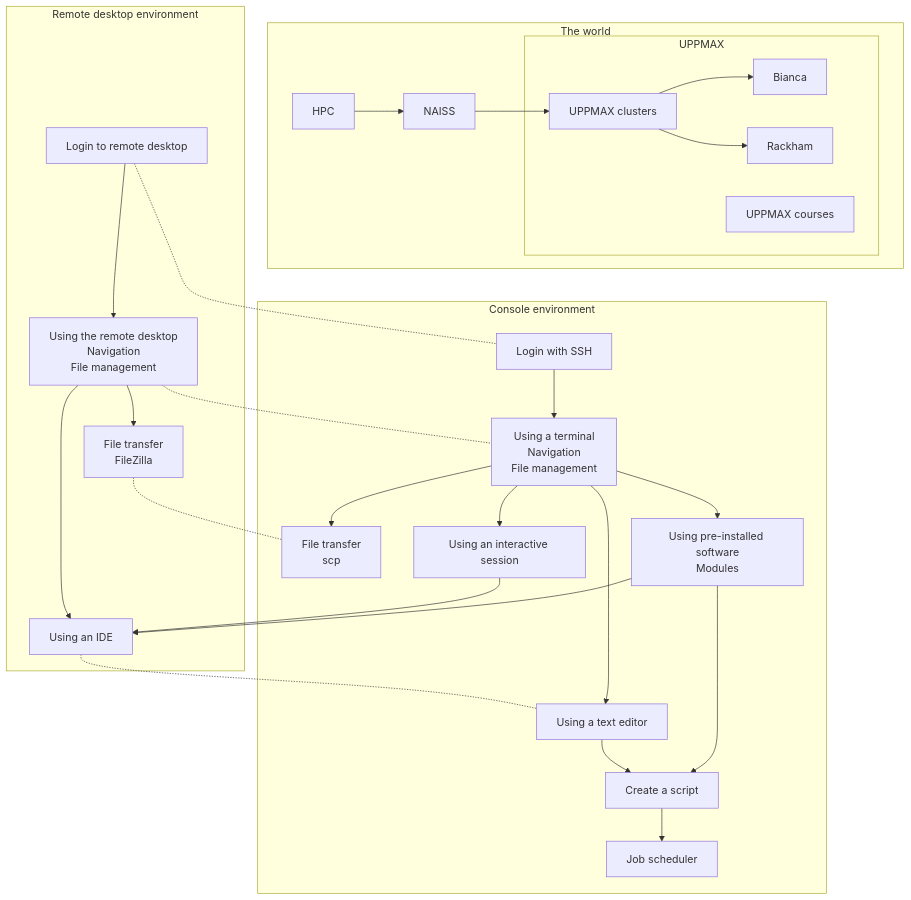
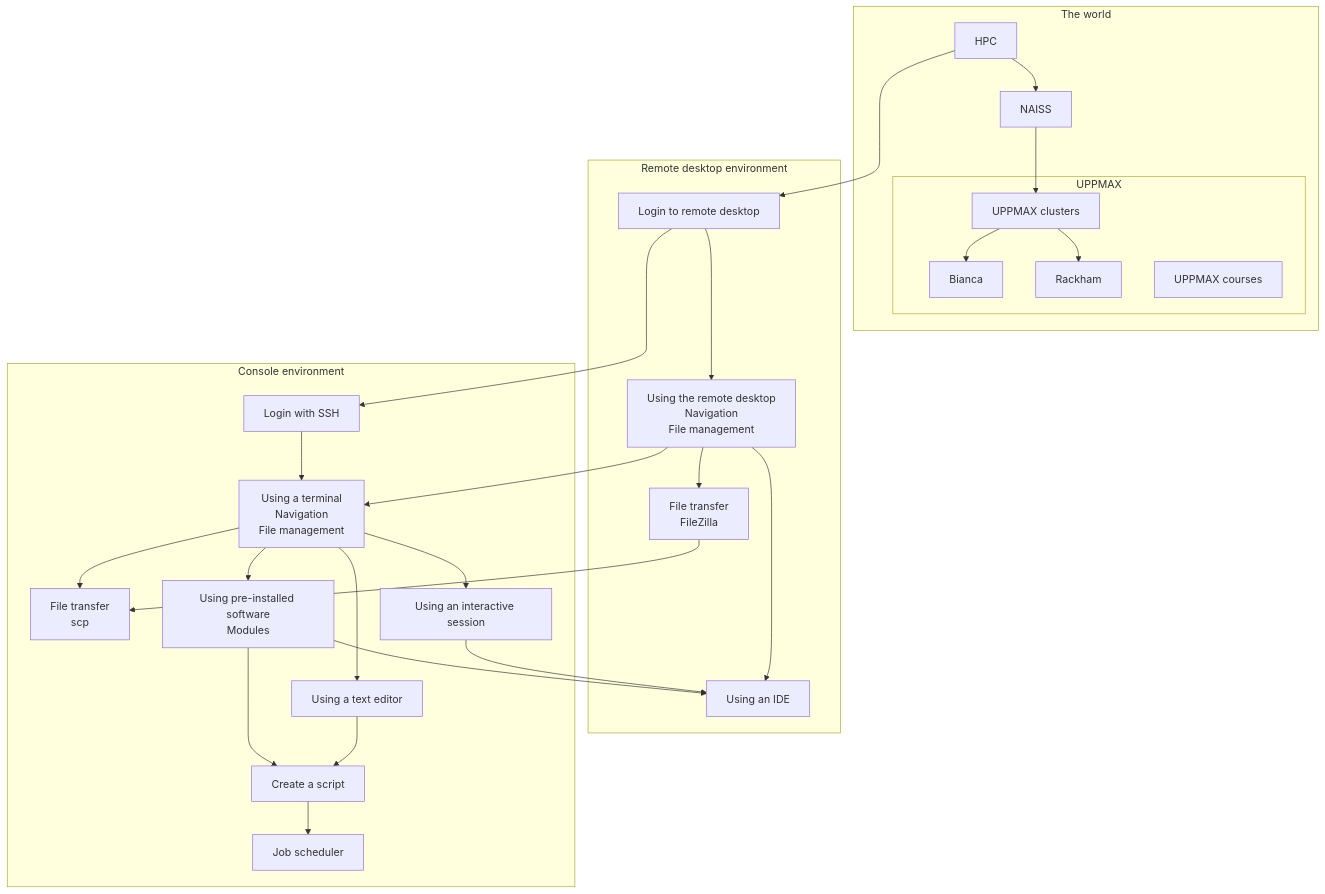
One commit to UPPMAX/uppmax_intro_day_1 changed the second of 2 diagrams in docs/sessions/introduction.md. Above: the diagram before and after it, drawn with Mermaid. The commit also changed other lines of this file and 12 other files, not shown here.

````diff
--- a/docs/sessions/introduction.md
+++ b/docs/sessions/introduction.md
@@ -60,61 +60,62 @@
 ```mermaid
 flowchart TD
   subgraph world[The world]
     hpc[HPC]
     naiss[NAISS]
   subgraph uppmax[UPPMAX]
       uppmax_clusters[UPPMAX clusters]
       bianca[Bianca]
       rackham[Rackham]
       uppmax_courses[UPPMAX courses]
     end
   end
   subgraph remote_desktop[Remote desktop environment]
     login_remote_desktop[Login to remote desktop]
     use_remote_desktop[Using the remote desktop\nNavigation\nFile management]
     file_transfer_filezilla[File transfer\nFileZilla]
     use_ide[Using an IDE]
   end
   subgraph console[Console environment]
     login_ssh[Login with SSH]
     use_terminal[Using a terminal\nNavigation\nFile management]
     scripts[Create a script]
     file_transfer_scp[File transfer\nscp]
     modules[Using pre-installed software\nModules]
     interactive[Using an interactive session]
     job_scheduler[Job scheduler]
     text_editor[Using a text editor]
   end
 
+  hpc ---> login_remote_desktop
+
   %% UPPMAX
   hpc --> naiss
   naiss --> uppmax_clusters
   uppmax_clusters --> bianca
   uppmax_clusters --> rackham
 
   %% GUI
-  login_remote_desktop --> use_remote_desktop
+  login_remote_desktop ---> use_remote_desktop
   use_remote_desktop --> file_transfer_filezilla
   use_remote_desktop --> use_ide
 
   %% Console
   login_ssh --> use_terminal
   use_terminal --> file_transfer_scp
   use_terminal --> modules
   scripts --> job_scheduler
   modules --> scripts
-  use_terminal --> text_editor
+  use_terminal ---> text_editor
   use_terminal --> interactive
   text_editor --> scripts
 
   %% console -> GUI
   modules --> use_ide
   
 
   %% GUI -> console
-  login_remote_desktop -.- login_ssh
-  use_remote_desktop -.- use_terminal
-  file_transfer_filezilla -.- file_transfer_scp  
+  login_remote_desktop --> login_ssh
+  use_remote_desktop --> use_terminal
+  file_transfer_filezilla --> file_transfer_scp  
   interactive --> use_ide
-  use_ide -.- text_editor
 ```
````
